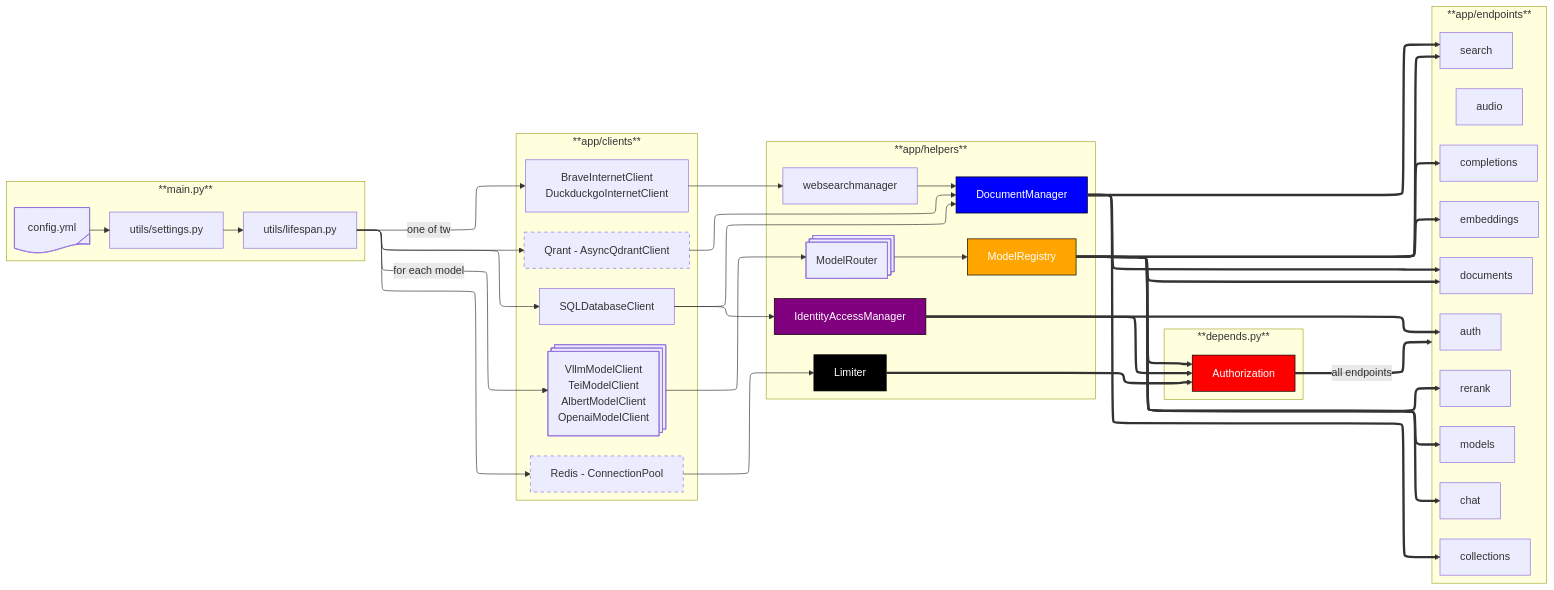
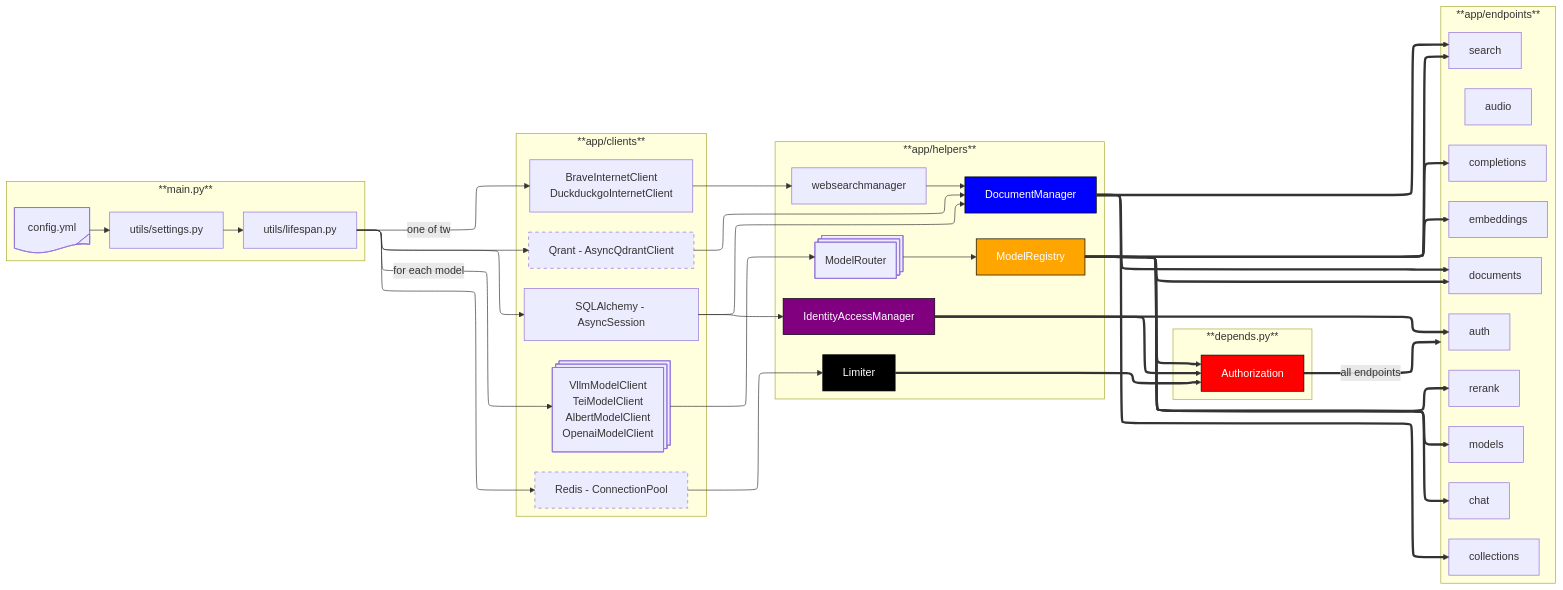
The diagram in docs/architecture.md (etalab-ia/albert-api), drawn with Mermaid before and after one commit. The commit also changed 15 other files, not shown here.

```diff
--- a/docs/architecture.md
+++ b/docs/architecture.md
@@ -21,7 +21,7 @@
 
     subgraph **app/clients**
     redisclient[Redis - ConnectionPool]
-    sqlclient[SQLDatabaseClient]
+    sqlclient[SQLAlchemy - AsyncSession]
     qdrantclient[Qrant - AsyncQdrantClient]
     internetclient[BraveInternetClient<br>DuckduckgoInternetClient]
     modelclient@{ shape: processes, label: "VllmModelClient<br>TeiModelClient<br>AlbertModelClient<br>OpenaiModelClient" }
```
